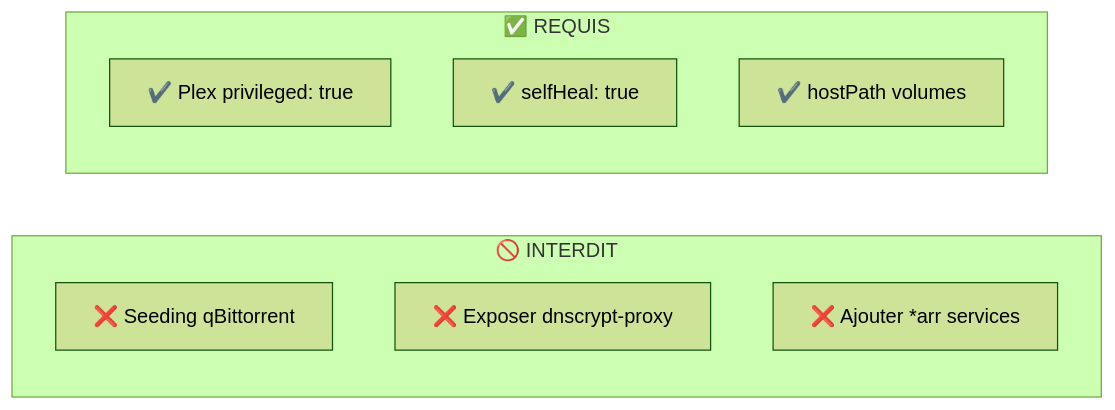
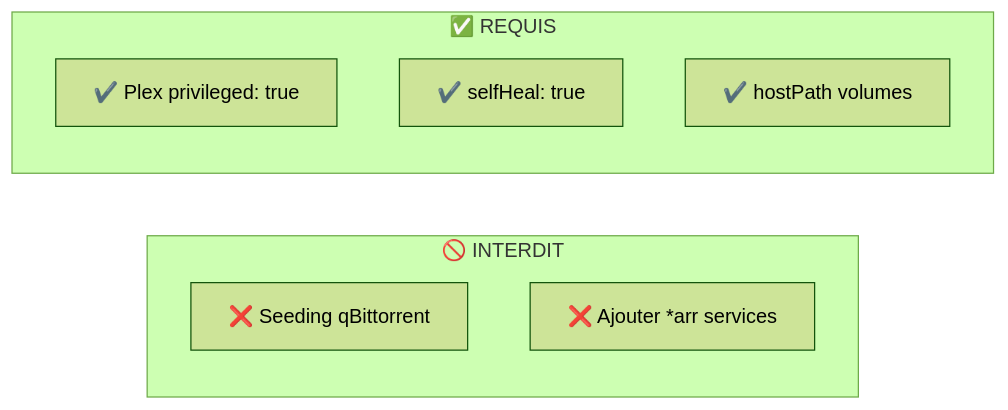
Before and after one commit to muchiny/media-stack-k8s: the fourth of 6 diagrams in CLAUDE.md, drawn with Mermaid (forest theme). The commit also changed other lines of this file and 20 other files, not shown here.

````diff
--- a/CLAUDE.md
+++ b/CLAUDE.md
@@ -195,14 +181,13 @@
 ```mermaid
 flowchart LR
     subgraph "🚫 INTERDIT"
         A[❌ Seeding qBittorrent]
-        B[❌ Exposer dnscrypt-proxy]
         C[❌ Ajouter *arr services]
     end
 
     subgraph "✅ REQUIS"
         D[✔️ Plex privileged: true]
         E[✔️ selfHeal: true]
         F[✔️ hostPath volumes]
     end
 ```
````
